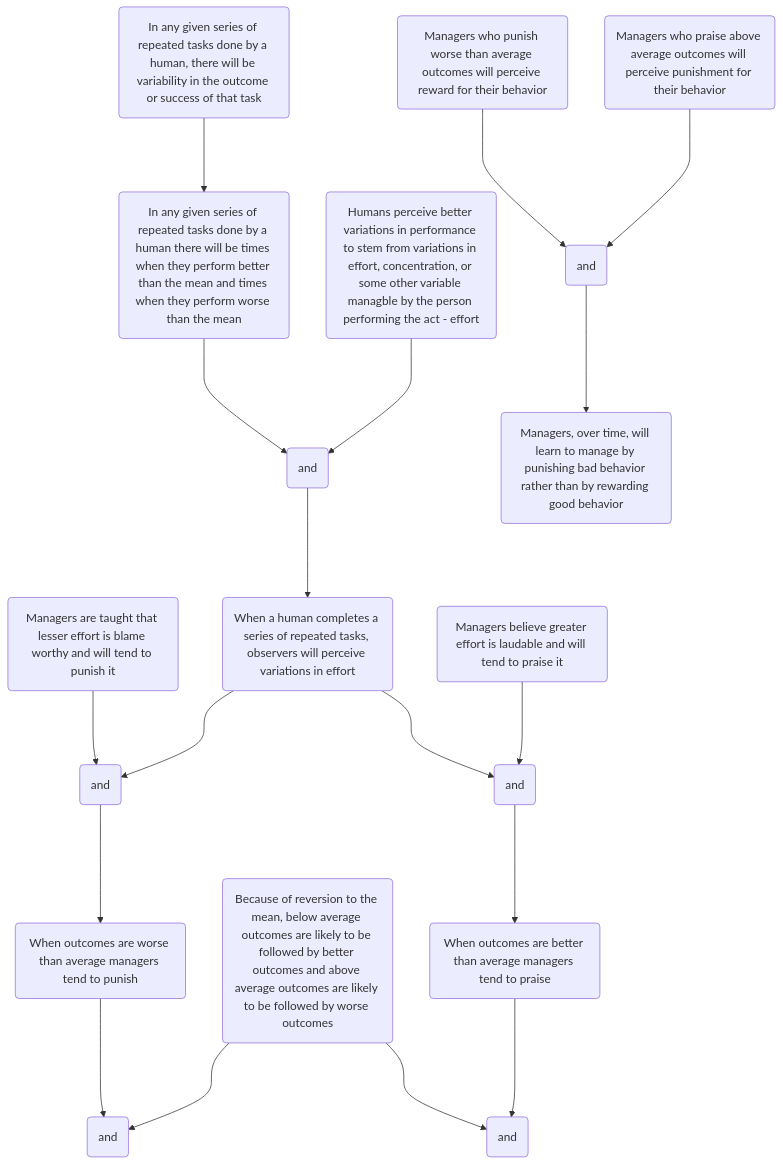
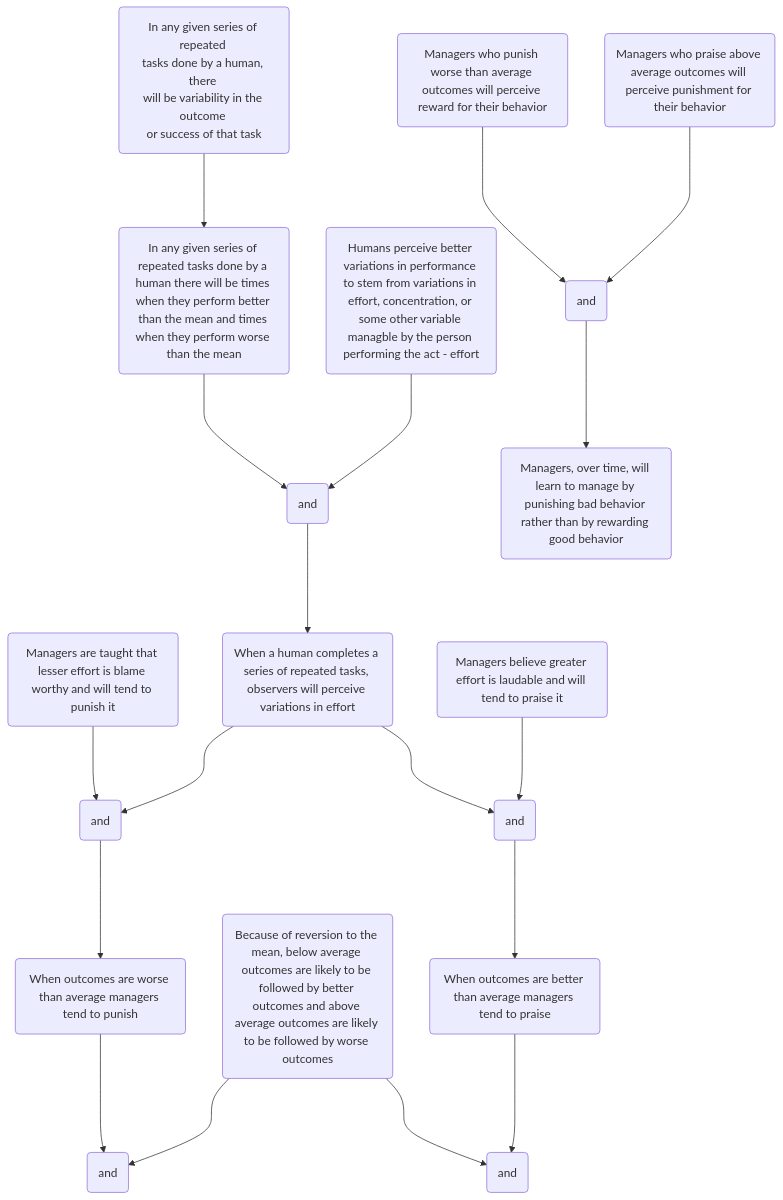
The diagram in Why_Managers_Learn_To_Manage_Negatively.md (hwetsman/TOC_Trees), drawn with Mermaid before and after one commit.

Commit message:
Refactor: test of <br>

`````diff
--- a/Why_Managers_Learn_To_Manage_Negatively.md
+++ b/Why_Managers_Learn_To_Manage_Negatively.md
@@ -1,39 +1,39 @@
 ```mermaid
 flowchart TB
 
-human_variability(In any given series of repeated tasks done by a human, there will be variability in the outcome or success of that task)
+human_variability(In any given series of repeated <br>tasks done by a human, there <br>will be variability in the outcome <br>or success of that task)
 above_and_below(In any given series of repeated tasks done by a human there will be times when they perform better than the mean and times when they perform worse than the mean)
   human_variability--->above_and_below
 human_perception(Humans perceive better variations in performance to stem from variations in effort, concentration, or some other variable managble by the person performing the act - effort)
   and1(and)
   above_and_below--->and1
   human_perception--->and1
   lesser_effort(Managers are taught that lesser effort is blame worthy and will tend to punish it)
   observer_perception(When a human completes a series of repeated tasks, observers will perceive variations in effort)
     and1--->observer_perception
   managers_belief(Managers believe greater effort is laudable and will tend to praise it)
     and2(and)
     and3(and)
     observer_perception--->and2
     observer_perception--->and3
       lesser_effort--->and2
       managers_belief--->and3
     worse_outcomes(When outcomes are worse than average managers tend to punish)
       and2--->worse_outcomes
     reversion(Because of reversion to the mean, below average outcomes are likely to be followed by better outcomes and above average outcomes are likely to be followed by worse outcomes)
     better_outcomes(When outcomes are better than average managers tend to praise)
       and3--->better_outcomes
       and4(and)
       and5(and)
         worse_outcomes--->and4
         reversion--->and4
         reversion--->and5
         better_outcomes--->and5
       managers_punish(Managers who punish worse than average outcomes will perceive reward for their behavior)
       managers_praise(Managers who praise above average outcomes will perceive punishment for their behavior)
         and6(and)
           managers_punish--->and6
           managers_praise--->and6
         managers_over_time(Managers, over time, will learn to manage by punishing bad behavior rather than by rewarding good behavior)
           and6--->managers_over_time
 ````
`````
